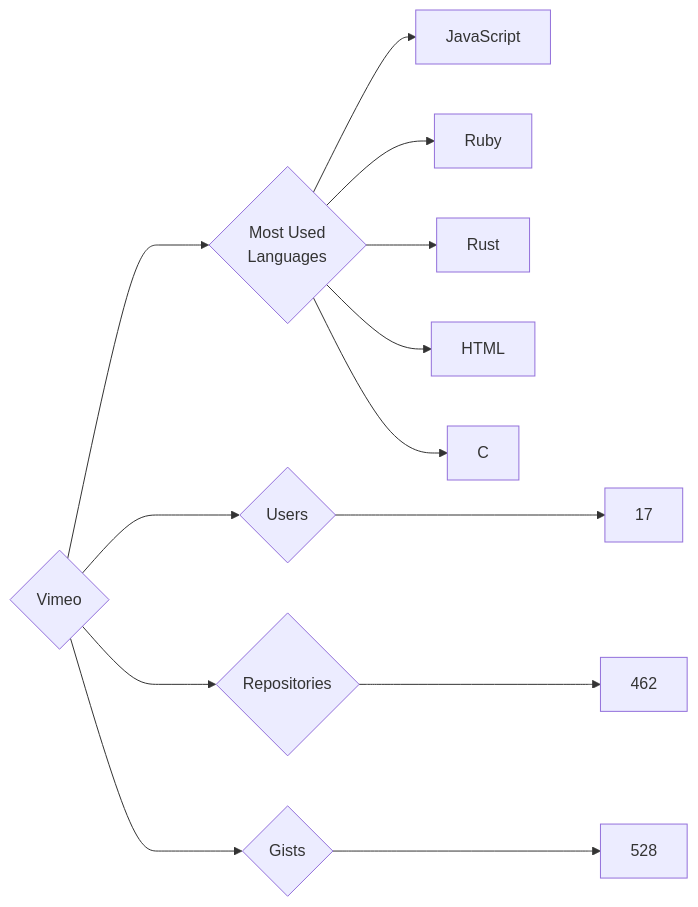
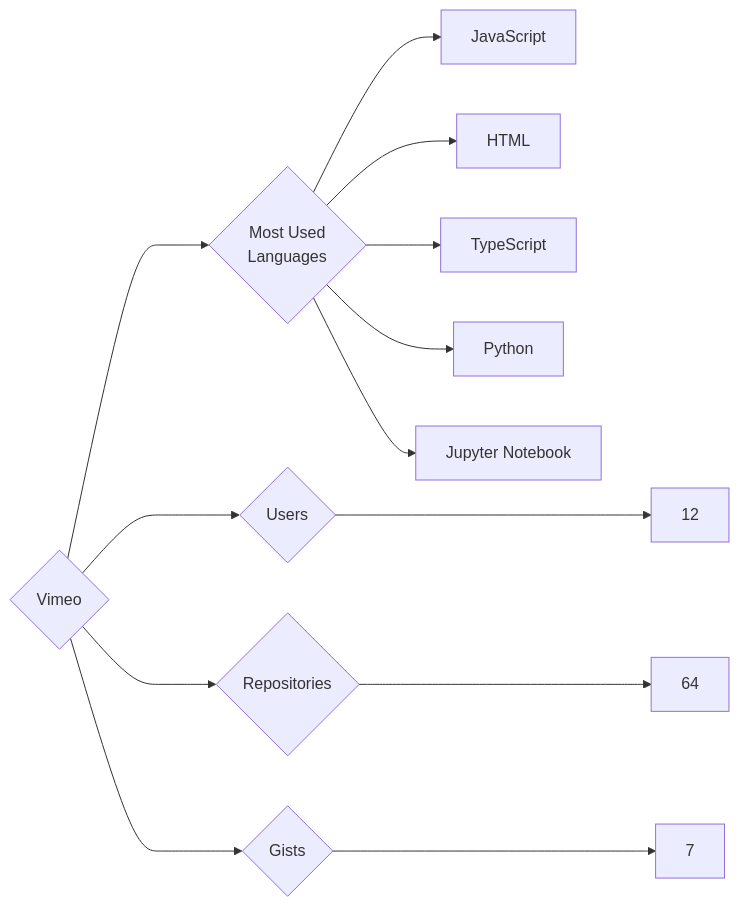
One commit to trickest/insiders changed the diagram in targets/Vimeo/README.md. Above: the diagram before and after it, drawn with Mermaid. The commit also changed 597 other files, not shown here.

````diff
--- a/targets/Vimeo/README.md
+++ b/targets/Vimeo/README.md
@@ -3,13 +3,13 @@
 ```mermaid
 graph LR
 COMPANY_NAME{Vimeo}
-COMPANY_NAME ---> U{Users} ---> UN[17]
-COMPANY_NAME ---> R{Repositories} ---> RN[462]
-COMPANY_NAME ---> G{Gists} ---> GN[528]
+COMPANY_NAME ---> U{Users} ---> UN[12]
+COMPANY_NAME ---> R{Repositories} ---> RN[64]
+COMPANY_NAME ---> G{Gists} ---> GN[7]
 COMPANY_NAME ---> ML{Most Used<br>Languages}
 ML --> JavaScript[JavaScript]
-ML --> Ruby[Ruby]
-ML --> Rust[Rust]
 ML --> HTML[HTML]
-ML --> C[C]
+ML --> TypeScript[TypeScript]
+ML --> Python[Python]
+ML --> Jupyter_Notebook[Jupyter Notebook]
 ```
````
